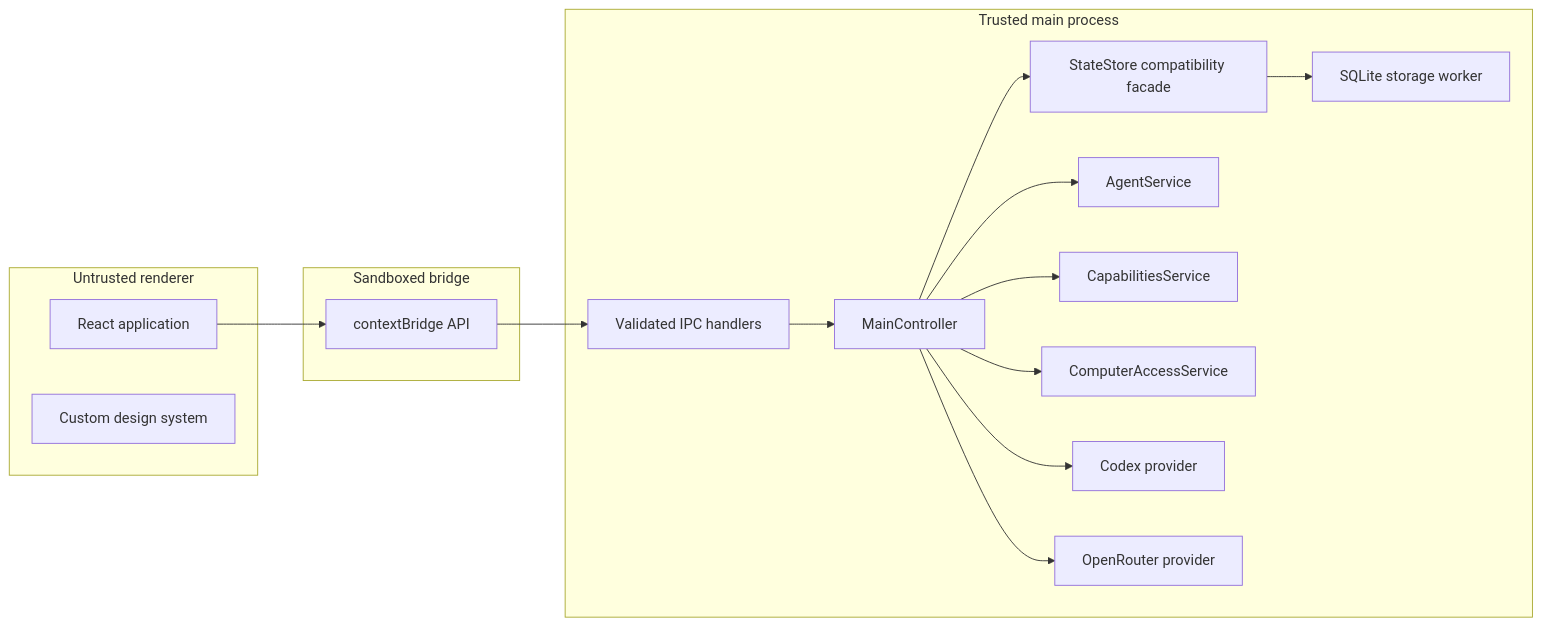
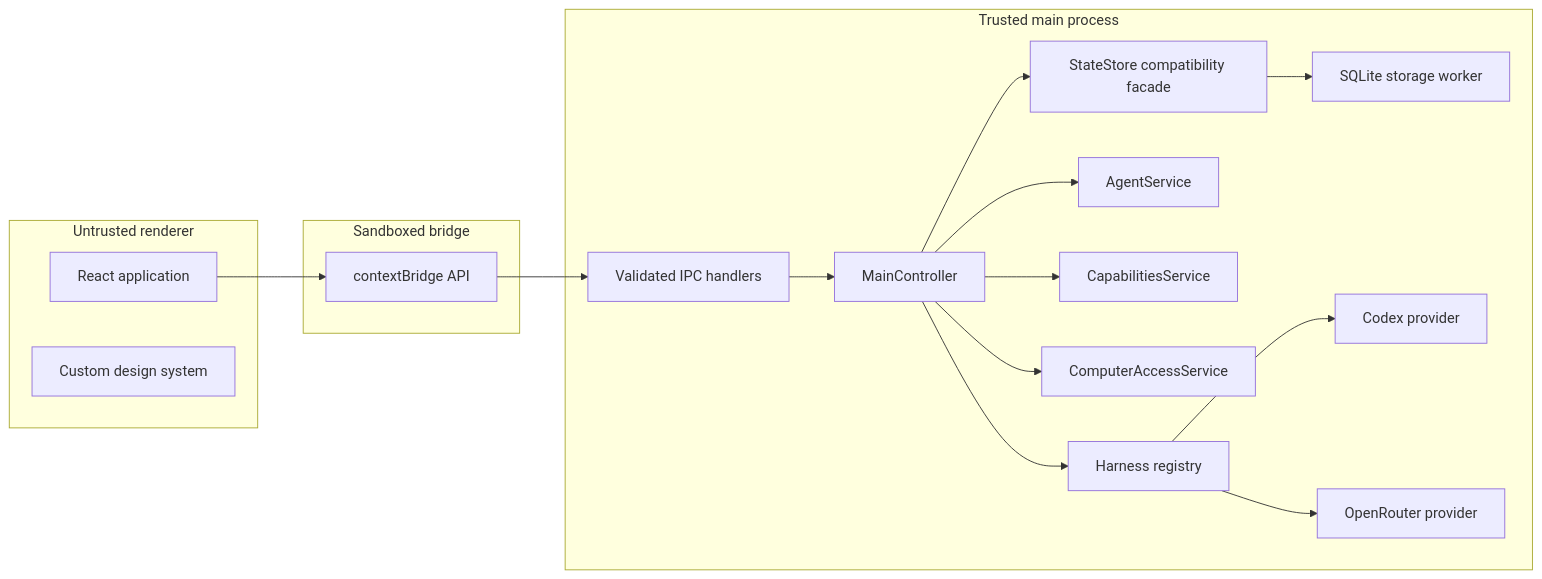
The second of 11 diagrams in docs/ARCHITECTURE.md (jasonagency/grokky), drawn with Mermaid before and after one commit. The commit also changed other lines of this file and 17 other files, not shown here.

Commit message:
feat: add harness registry and adapters

````diff
--- a/docs/ARCHITECTURE.md
+++ b/docs/ARCHITECTURE.md
@@ -26,34 +26,36 @@
 ```mermaid
 flowchart LR
   subgraph Untrusted renderer
     REACT[React application]
     CSS[Custom design system]
   end
 
   subgraph Sandboxed bridge
     PRELOAD[contextBridge API]
   end
 
   subgraph Trusted main process
     IPC[Validated IPC handlers]
     CONTROLLER[MainController]
     STATE[StateStore compatibility facade]
     STORAGE[SQLite storage worker]
     AGENTS[AgentService]
     CAPS[CapabilitiesService]
     ACCESS[ComputerAccessService]
+    REGISTRY[Harness registry]
     CODEXPROVIDER[Codex provider]
     ORPROVIDER[OpenRouter provider]
   end
 
   REACT --> PRELOAD
   PRELOAD --> IPC
   IPC --> CONTROLLER
   CONTROLLER --> STATE
   STATE --> STORAGE
   CONTROLLER --> AGENTS
   CONTROLLER --> CAPS
   CONTROLLER --> ACCESS
-  CONTROLLER --> CODEXPROVIDER
-  CONTROLLER --> ORPROVIDER
+  CONTROLLER --> REGISTRY
+  REGISTRY --> CODEXPROVIDER
+  REGISTRY --> ORPROVIDER
 ```
````
